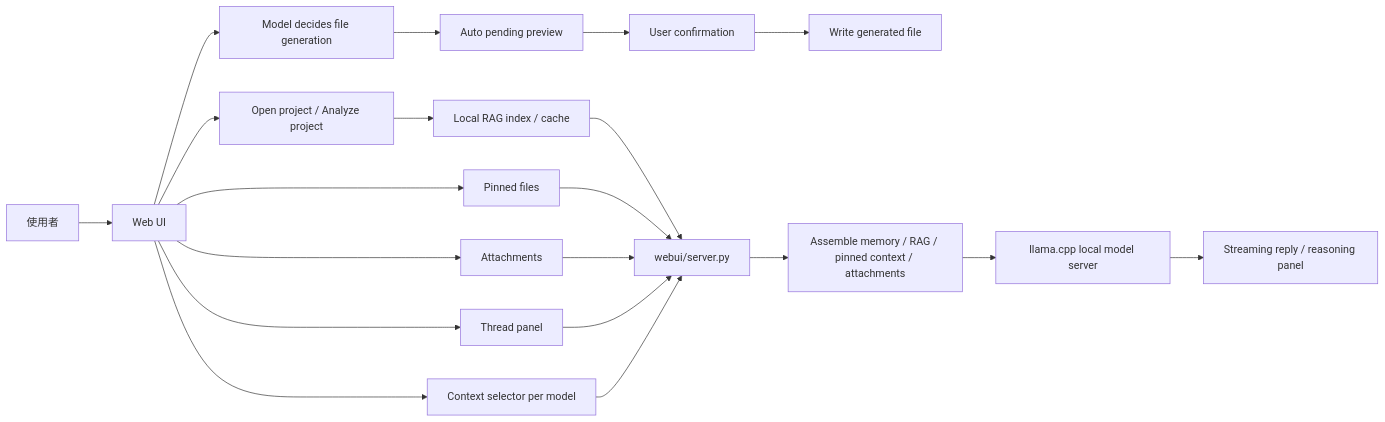
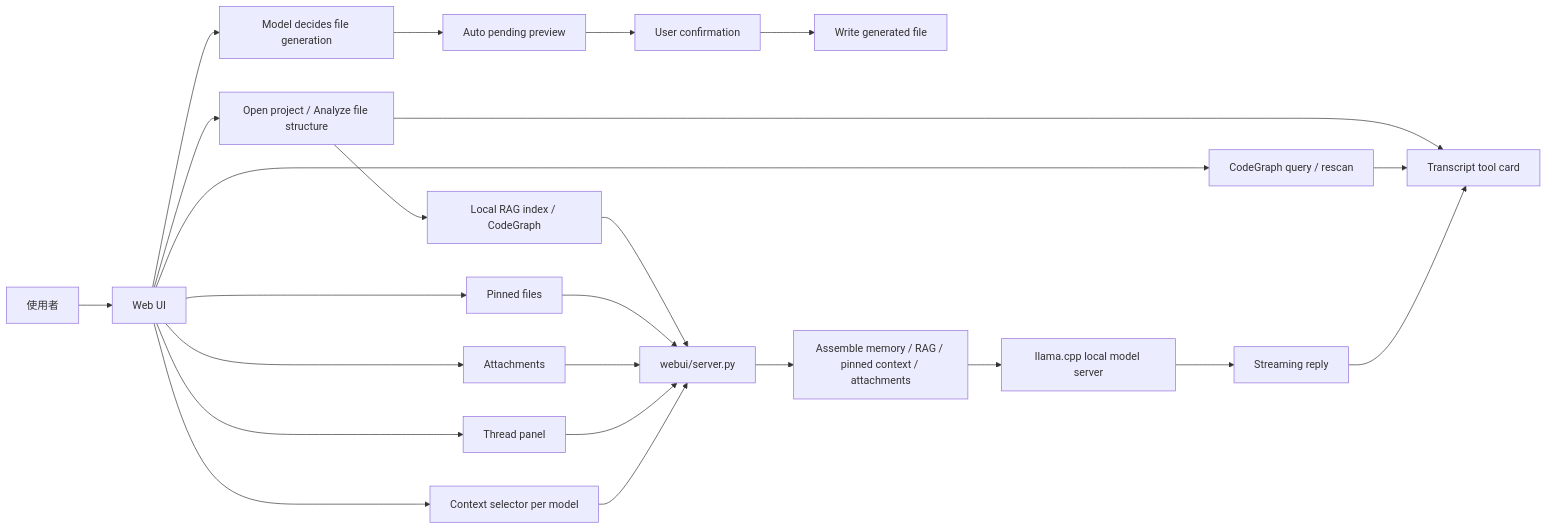
One commit to Lzxpan/CodeWorker changed the diagram in README.md. Above: the diagram before and after it, drawn with Mermaid. The commit also changed other lines of this file and 30 other files, not shown here.

````diff
--- a/README.md
+++ b/README.md
@@ -177,22 +254,26 @@
 ```mermaid
 flowchart LR
     U["使用者"] --> W["Web UI"]
     W --> K["Context selector per model"]
     W --> T["Thread panel"]
-    W --> O["Open project / Analyze project"]
-    O --> I["Local RAG index / cache"]
+    W --> O["Open project / Analyze file structure"]
+    O --> I["Local RAG index / CodeGraph"]
+    W --> X["CodeGraph query / rescan"]
     W --> P["Pinned files"]
     W --> F["Attachments"]
     W --> G["Model decides file generation"]
     I --> S["webui/server.py"]
     P --> S
     F --> S
     T --> S
     K --> S
     G --> A["Auto pending preview"]
+    O --> H["Transcript tool card"]
+    X --> H
     A --> Q["User confirmation"]
     Q --> D["Write generated file"]
     S --> C["Assemble memory / RAG / pinned context / attachments"]
     C --> M["llama.cpp local model server"]
-    M --> R["Streaming reply / reasoning panel"]
+    M --> R["Streaming reply"]
+    R --> H
 ```
````
